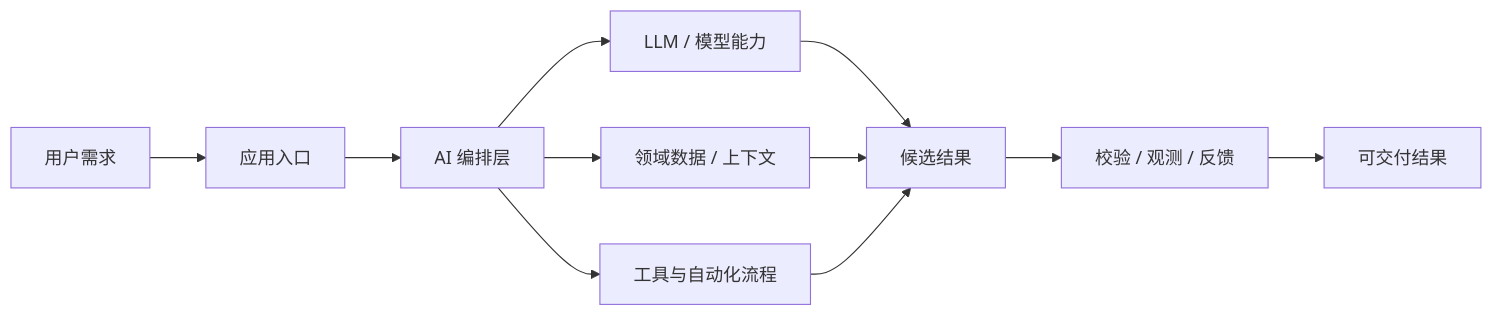
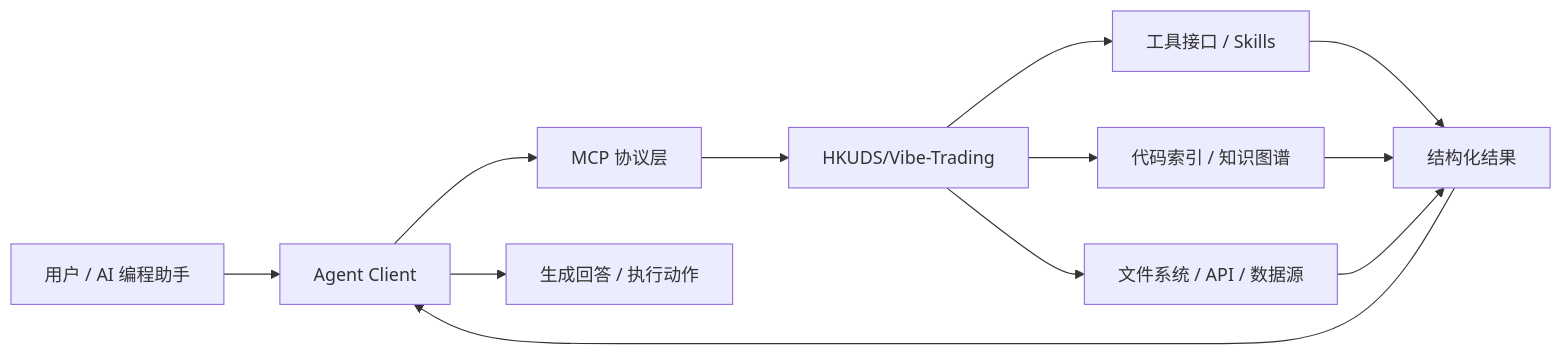
The third of 5 diagrams in TRENDING.md (Lingwangla/github_trend), drawn with Mermaid before and after one commit. The commit also changed other lines of this file and 2 other files, not shown here.

````diff
--- a/TRENDING.md
+++ b/TRENDING.md
@@ -106,13 +108,14 @@
 ```mermaid
 flowchart LR
-    User[用户需求] --> Interface[应用入口]
-    Interface --> Orchestrator[AI 编排层]
-    Orchestrator --> Model[LLM / 模型能力]
-    Orchestrator --> Data[领域数据 / 上下文]
-    Orchestrator --> Tools[工具与自动化流程]
-    Model --> Result[候选结果]
+    User[用户 / AI 编程助手] --> Client[Agent Client]
+    Client --> Protocol[MCP 协议层]
+    Protocol --> Server[HKUDS/Vibe-Trading]
+    Server --> Tools[工具接口 / Skills]
+    Server --> Index[代码索引 / 知识图谱]
+    Server --> Data[文件系统 / API / 数据源]
+    Tools --> Result[结构化结果]
+    Index --> Result
     Data --> Result
-    Tools --> Result
-    Result --> Review[校验 / 观测 / 反馈]
-    Review --> Output[可交付结果]
+    Result --> Client
+    Client --> Answer[生成回答 / 执行动作]
 ```
````
